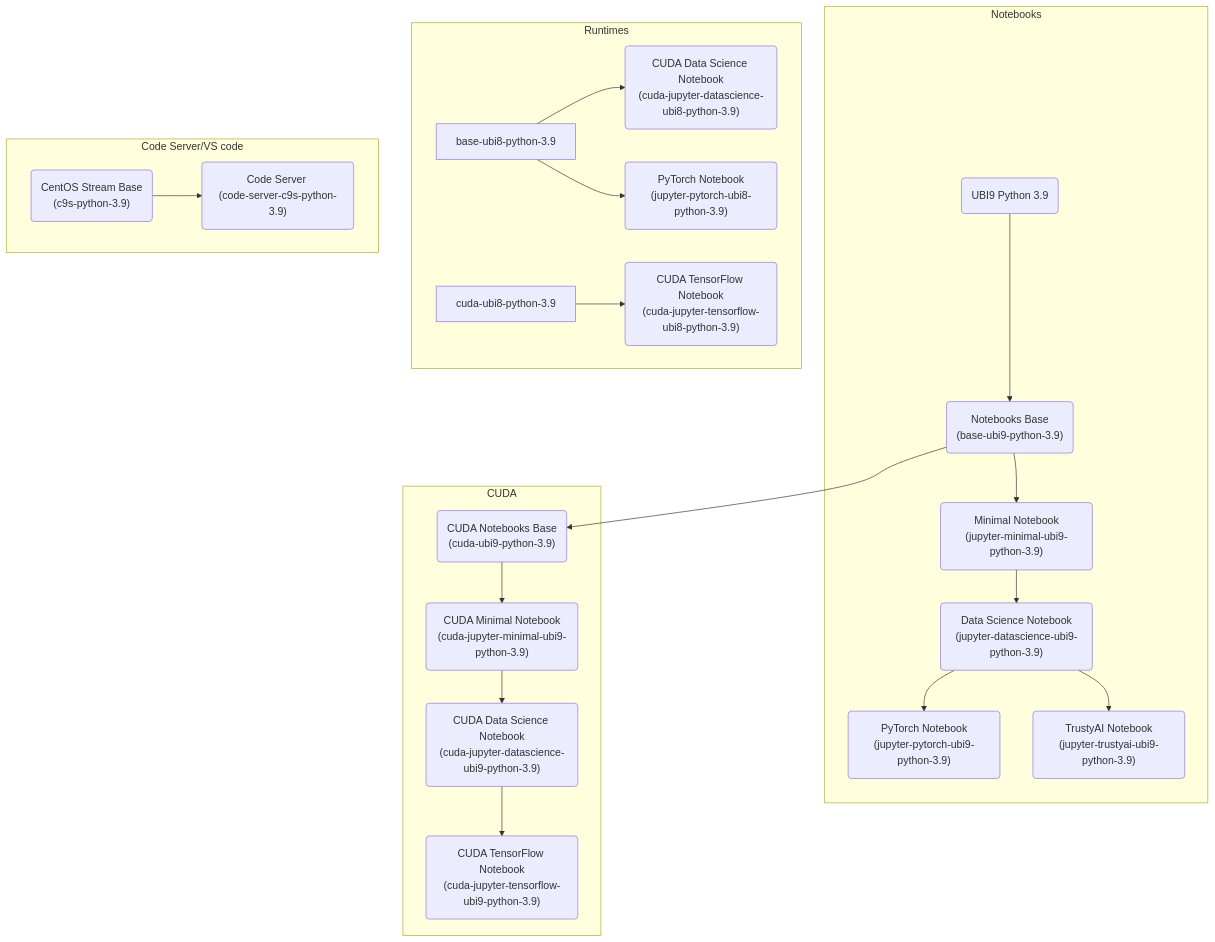
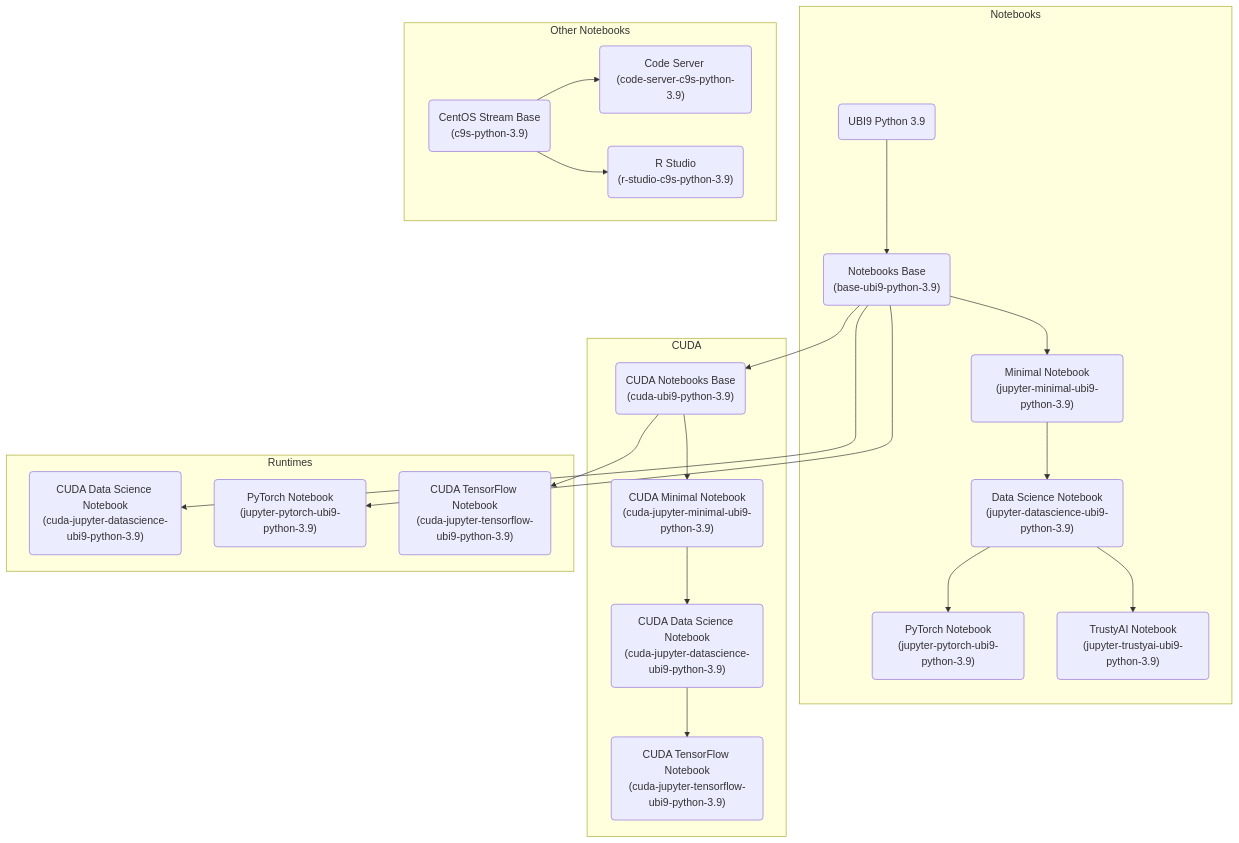
The second of 2 diagrams in README.md (opendatahub-io/notebooks), drawn with Mermaid before and after one commit. The commit also changed other lines of this file and 20 other files, not shown here.

Commit message:
Add R Studio notebook based on CentOS with Python 3.9

````diff
--- a/README.md
+++ b/README.md
@@ -57,55 +57,57 @@
 ```mermaid
 graph TB
     subgraph Notebooks
         %% Nodes
         ubi9-python-3.9(UBI9 Python 3.9);
         base-ubi9-python-3.9("Notebooks Base<br/>(base-ubi9-python-3.9)");
         jupyter-minimal-ubi9-python-3.9("Minimal Notebook<br/>(jupyter-minimal-ubi9-python-3.9)");
         jupyter-datascience-ubi9-python-3.9("Data Science Notebook<br/>(jupyter-datascience-ubi9-python-3.9)");
         jupyter-pytorch-ubi9-python-3.9("PyTorch Notebook<br/>(jupyter-pytorch-ubi9-python-3.9)");
         jupyter-trustyai-ubi9-python-3.9("TrustyAI Notebook<br/>(jupyter-trustyai-ubi9-python-3.9)");
 
         %% Edges
         ubi9-python-3.9 --> base-ubi9-python-3.9;
         base-ubi9-python-3.9 --> jupyter-minimal-ubi9-python-3.9;
         jupyter-minimal-ubi9-python-3.9 --> jupyter-datascience-ubi9-python-3.9;
         jupyter-datascience-ubi9-python-3.9 --> jupyter-pytorch-ubi9-python-3.9;
         jupyter-datascience-ubi9-python-3.9 --> jupyter-trustyai-ubi9-python-3.9;
     end
 
     subgraph CUDA
         %% Nodes
         cuda-ubi9-python-3.9("CUDA Notebooks Base<br/>(cuda-ubi9-python-3.9)");
         cuda-jupyter-minimal-ubi9-python-3.9("CUDA Minimal Notebook<br/>(cuda-jupyter-minimal-ubi9-python-3.9)");
         cuda-jupyter-datascience-ubi9-python-3.9("CUDA Data Science Notebook<br/>(cuda-jupyter-datascience-ubi9-python-3.9)");
         cuda-jupyter-tensorflow-ubi9-python-3.9("CUDA TensorFlow Notebook<br/>(cuda-jupyter-tensorflow-ubi9-python-3.9)");
 
         %% Edges
         base-ubi9-python-3.9 --> cuda-ubi9-python-3.9;
         cuda-ubi9-python-3.9 --> cuda-jupyter-minimal-ubi9-python-3.9;
         cuda-jupyter-minimal-ubi9-python-3.9 --> cuda-jupyter-datascience-ubi9-python-3.9;
         cuda-jupyter-datascience-ubi9-python-3.9 --> cuda-jupyter-tensorflow-ubi9-python-3.9;
     end
 
     subgraph Runtimes
         %% Nodes
-        runtimes-datascience-ubi8-python-3.9("CUDA Data Science Notebook<br/>(cuda-jupyter-datascience-ubi8-python-3.9)");
-        runtimes-pytorch-ubi8-python-3.9("PyTorch Notebook<br/>(jupyter-pytorch-ubi8-python-3.9)");
-        cuda-runtimes-tensorflow-ubi8-python-3.9("CUDA TensorFlow Notebook<br/>(cuda-jupyter-tensorflow-ubi8-python-3.9)");
+        runtimes-datascience-ubi9-python-3.9("CUDA Data Science Notebook<br/>(cuda-jupyter-datascience-ubi9-python-3.9)");
+        runtimes-pytorch-ubi9-python-3.9("PyTorch Notebook<br/>(jupyter-pytorch-ubi9-python-3.9)");
+        cuda-runtimes-tensorflow-ubi9-python-3.9("CUDA TensorFlow Notebook<br/>(cuda-jupyter-tensorflow-ubi9-python-3.9)");
 
         %% Edges
-        base-ubi8-python-3.9 --> runtimes-datascience-ubi8-python-3.9;
-        base-ubi8-python-3.9 --> runtimes-pytorch-ubi8-python-3.9;
-        cuda-ubi8-python-3.9 --> cuda-runtimes-tensorflow-ubi8-python-3.9;
+        base-ubi9-python-3.9 --> runtimes-datascience-ubi9-python-3.9;
+        base-ubi9-python-3.9 --> runtimes-pytorch-ubi9-python-3.9;
+        cuda-ubi9-python-3.9 --> cuda-runtimes-tensorflow-ubi9-python-3.9;
     end
 
-    subgraph Code Server/VS code
+    subgraph Other Notebooks
         %% Nodes
         c9s-python-3.9("CentOS Stream Base<br/>(c9s-python-3.9)");
         code-server-c9s-python-3.9("Code Server <br/>(code-server-c9s-python-3.9)");
+        r-studio-c9s-python-3.9("R Studio <br/>(r-studio-c9s-python-3.9)");
 
         %% Edges
         c9s-python-3.9 --> code-server-c9s-python-3.9;
+        c9s-python-3.9 --> r-studio-c9s-python-3.9;
     end
 
 ```
````
